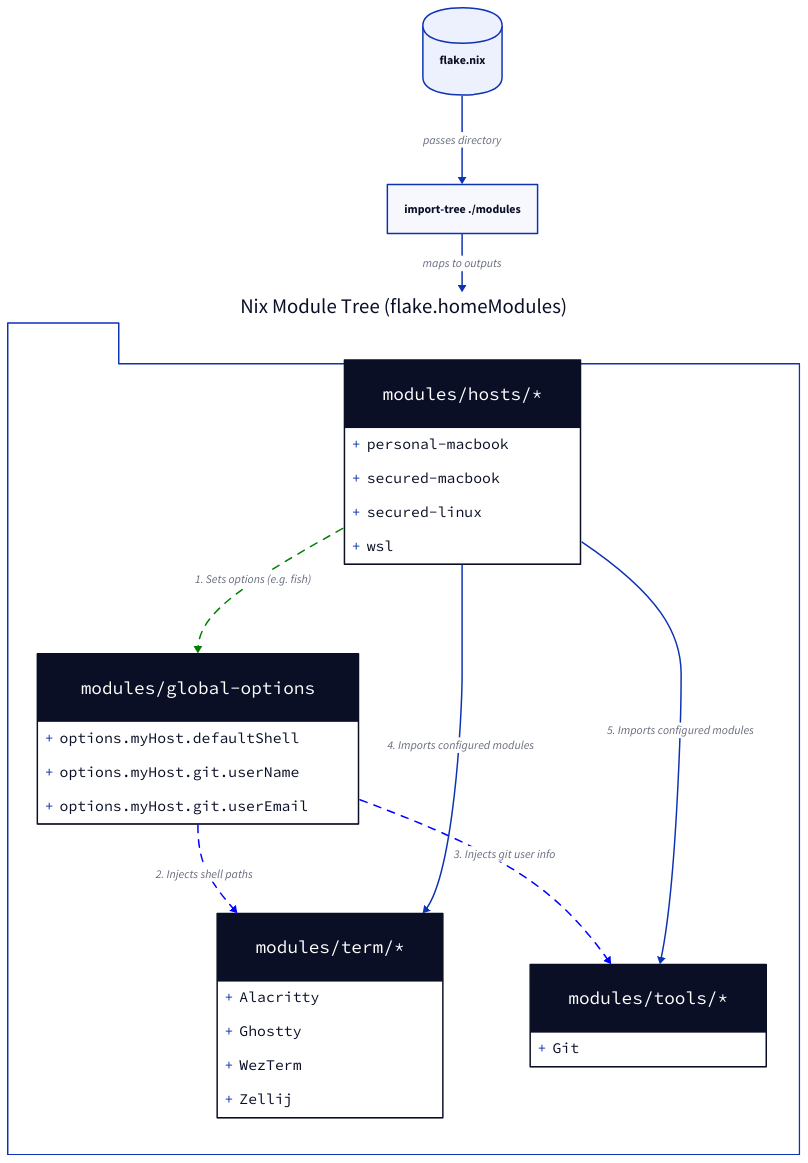
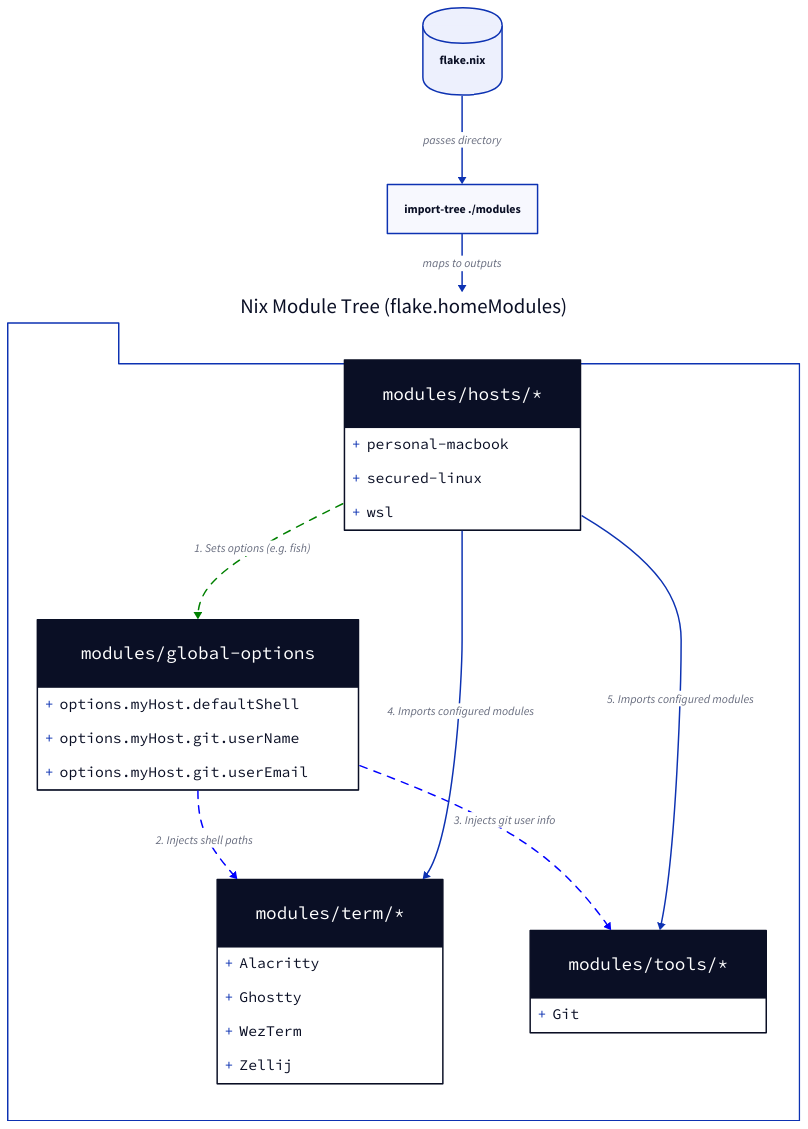
Before and after one commit to curlyLasagna/home-managed-dots: the diagram in architecture.d2, drawn with D2. The commit also changed 8 other files, not shown here.

```diff
--- a/architecture.d2
+++ b/architecture.d2
@@ -1,76 +1,75 @@
 direction: down
 
 Flake Entry: {
   shape: cylinder
   label: flake.nix
 }
 
 Import Tree: {
   shape: rectangle
   label: "import-tree ./modules"
 }
 
 Flake Entry -> Import Tree: passes directory
 
 Modules: {
   shape: package
   label: "Nix Module Tree (flake.homeModules)"
   style: {
     fill: transparent
   }
   
   Global Options: {
     shape: class
     label: "modules/global-options"
     "options.myHost.defaultShell"
     "options.myHost.git.userName"
     "options.myHost.git.userEmail"
   }
   
   Terminal Emulators: {
     shape: class
     label: "modules/term/*"
     "Alacritty"
     "Ghostty"
     "WezTerm"
     "Zellij"
   }
   
   Tools: {
     shape: class
     label: "modules/tools/*"
     "Git"
   }
   
   Hosts: {
     shape: class
     label: "modules/hosts/*"
     "personal-macbook"
-    "secured-macbook"
     "secured-linux"
     "wsl"
   }
 }
 
 Import Tree -> Modules: maps to outputs
 
 Modules.Hosts -> Modules.Global Options: "1. Sets options (e.g. fish)" {
   style: {
     stroke-dash: 5
     stroke: green
   }
 }
 Modules.Global Options -> Modules.Terminal Emulators: "2. Injects shell paths" {
   style: {
     stroke-dash: 5
     stroke: blue
   }
 }
 Modules.Global Options -> Modules.Tools: "3. Injects git user info" {
   style: {
     stroke-dash: 5
     stroke: blue
   }
 }
 Modules.Hosts -> Modules.Terminal Emulators: "4. Imports configured modules"
 Modules.Hosts -> Modules.Tools: "5. Imports configured modules"
```
